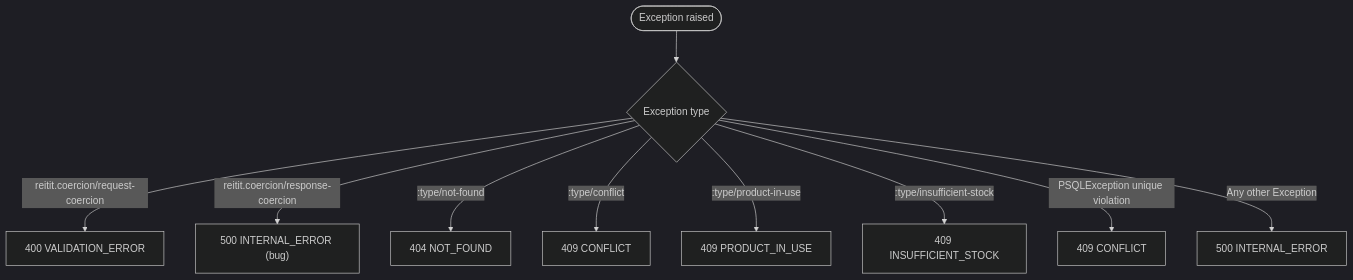
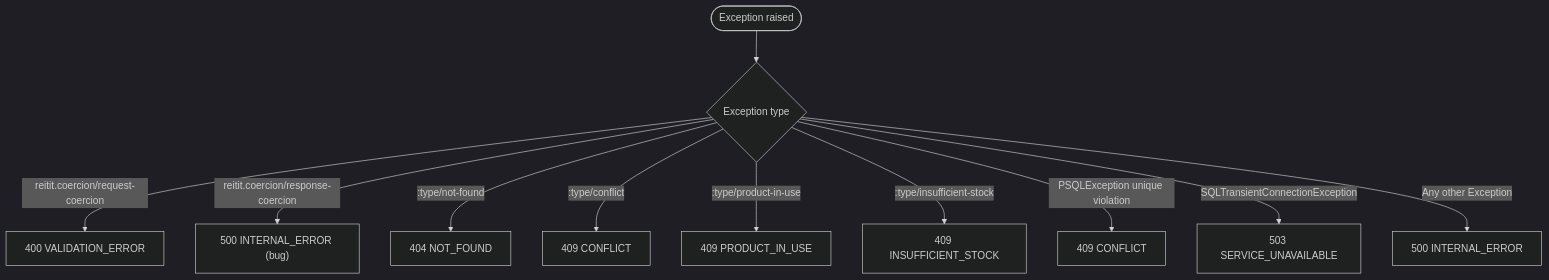
One commit to virgenherrera/GILA_SOFTWARE_CHALLENGE changed the second of 2 diagrams in docs/architecture/error-handling.md. Above: the diagram before and after it, drawn with Mermaid (dark theme). The commit also changed other lines of this file and 7 other files, not shown here.

````diff
--- a/docs/architecture/error-handling.md
+++ b/docs/architecture/error-handling.md
@@ -53,12 +54,13 @@
 ```mermaid
 flowchart TD
     A([Exception raised]) --> B{Exception type}
     B -->|reitit.coercion/request-coercion| C["400 VALIDATION_ERROR"]
     B -->|reitit.coercion/response-coercion| D["500 INTERNAL_ERROR (bug)"]
     B -->|:type/not-found| E["404 NOT_FOUND"]
     B -->|:type/conflict| F["409 CONFLICT"]
     B -->|:type/product-in-use| G["409 PRODUCT_IN_USE"]
     B -->|:type/insufficient-stock| H["409 INSUFFICIENT_STOCK"]
     B -->|PSQLException unique violation| I["409 CONFLICT"]
+    B -->|SQLTransientConnectionException| K["503 SERVICE_UNAVAILABLE"]
     B -->|Any other Exception| J["500 INTERNAL_ERROR"]
 ```
````
